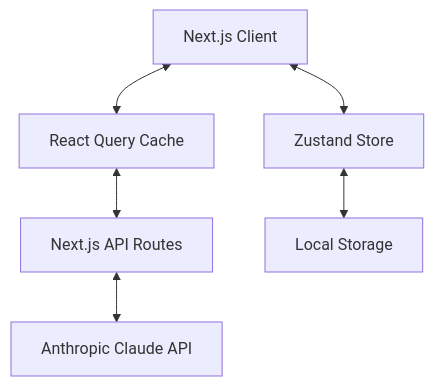
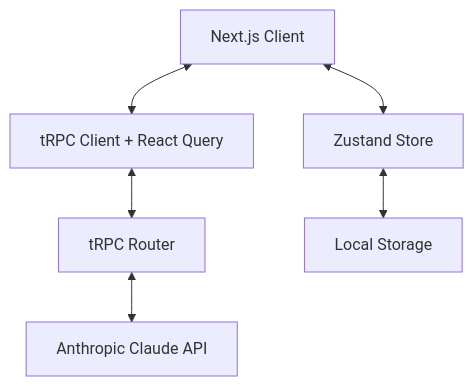
The diagram in Docs/technical-architecture.md (ArieGoldkin/devPrepAi), drawn with Mermaid before and after one commit. The commit also changed other lines of this file and 148 other files, not shown here.

````diff
--- a/Docs/technical-architecture.md
+++ b/Docs/technical-architecture.md
@@ -19,15 +19,15 @@
 ```mermaid
 graph TB
     Client[Next.js Client]
-    RQ[React Query Cache]
+    tRPC[tRPC Client + React Query]
     Zustand[Zustand Store]
-    API[Next.js API Routes]
+    API[tRPC Router]
     Claude[Anthropic Claude API]
     Storage[Local Storage]
 
-    Client <--> RQ
+    Client <--> tRPC
     Client <--> Zustand
-    RQ <--> API
+    tRPC <--> API
     API <--> Claude
     Zustand <--> Storage
 ```
````
